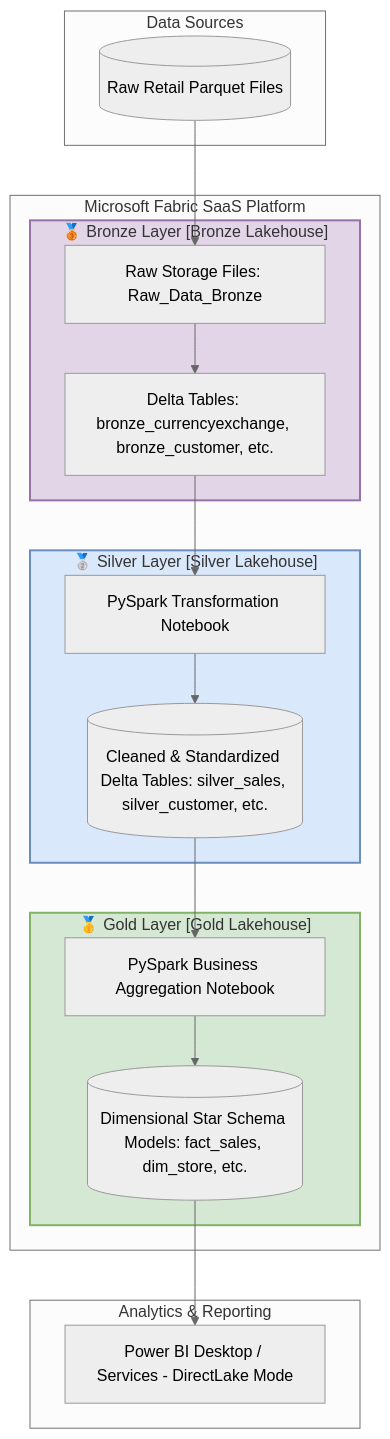
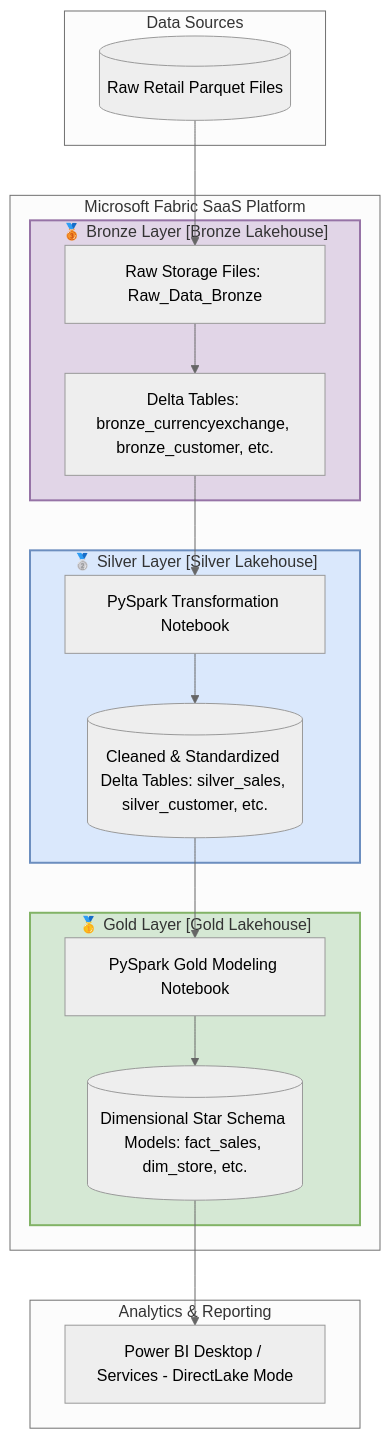
The first of 2 diagrams in docs/architecture.md (Arafat3-DA/retail-analytics-fabric-project), drawn with Mermaid (neutral theme) before and after one commit. The commit also changed other lines of this file and 3 other files, not shown here.

Commit message:
docs: initialize project documentation including data dictionary, transformation logic, and architectural overview

````diff
--- a/docs/architecture.md
+++ b/docs/architecture.md
@@ -11,38 +11,38 @@
 ```mermaid
 flowchart TD
     subgraph data_sources ["Data Sources"]
         src1[(Raw Retail Parquet Files)]
     end
 
     subgraph fabric_platform ["Microsoft Fabric SaaS Platform"]
         subgraph bronze_layer ["🥉 Bronze Layer [Bronze Lakehouse]"]
             brz_files[Raw Storage Files: Raw_Data_Bronze]
             brz_tables[Delta Tables: bronze_currencyexchange, bronze_customer, etc.]
             src1 --> brz_files
             brz_files --> brz_tables
         end
 
         subgraph silver_layer ["🥈 Silver Layer [Silver Lakehouse]"]
             slv_notebook[PySpark Transformation Notebook]
             slv_tables[(Cleaned & Standardized Delta Tables: silver_sales, silver_customer, etc.)]
             brz_tables --> slv_notebook
             slv_notebook --> slv_tables
         end
 
         subgraph gold_layer ["🥇 Gold Layer [Gold Lakehouse]"]
-            gld_notebook[PySpark Business Aggregation Notebook]
+            gld_notebook[PySpark Gold Modeling Notebook]
             gld_tables[(Dimensional Star Schema Models: fact_sales, dim_store, etc.)]
             slv_tables --> gld_notebook
             gld_notebook --> gld_tables
         end
     end
 
     subgraph reporting ["Analytics & Reporting"]
         pbi_direct[Power BI Desktop / Services - DirectLake Mode]
         gld_tables --> pbi_direct
     end
 
     style bronze_layer fill:#e1d5e7,stroke:#9673a6,stroke-width:2px
     style silver_layer fill:#dae8fc,stroke:#6c8ebf,stroke-width:2px
     style gold_layer fill:#d5e8d4,stroke:#82b366,stroke-width:2px
 ```
````
